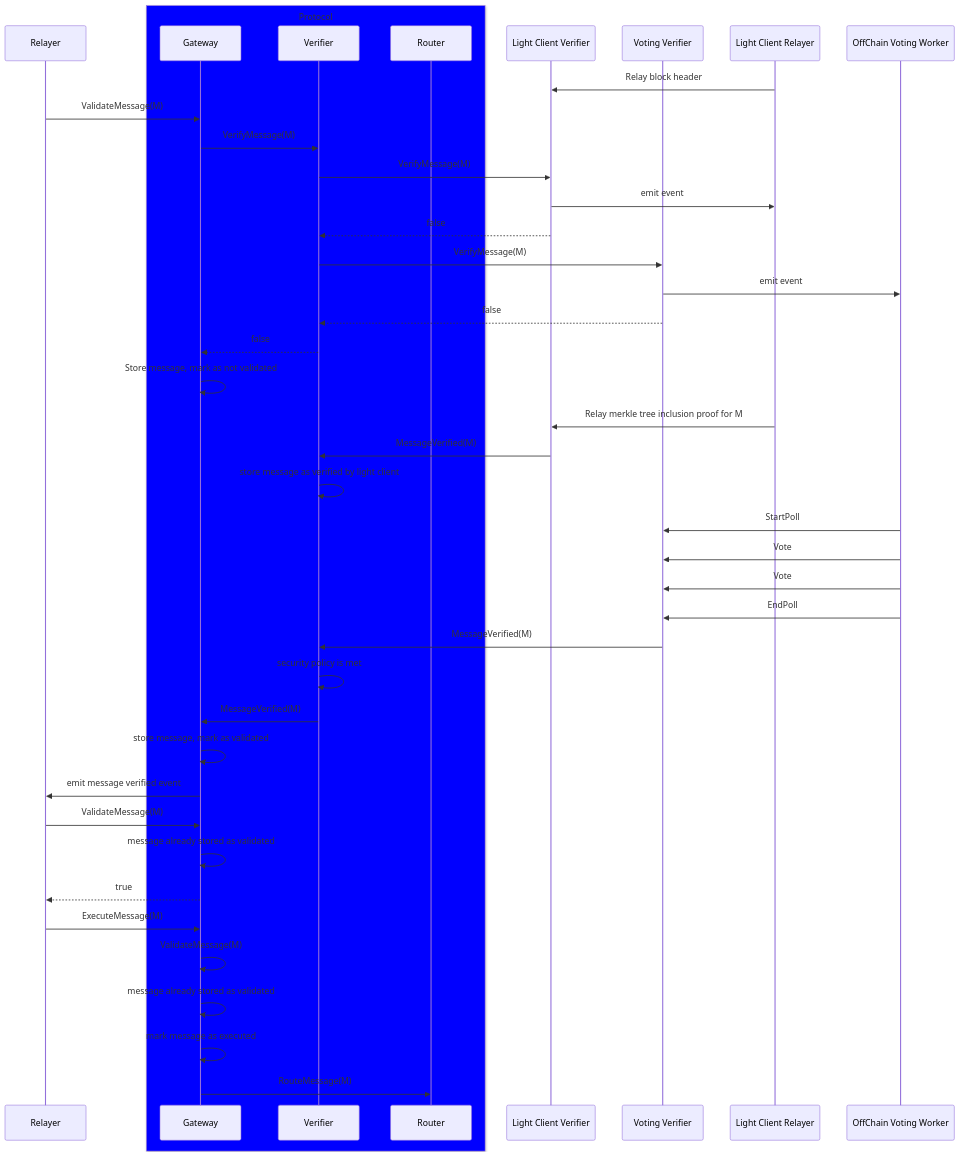
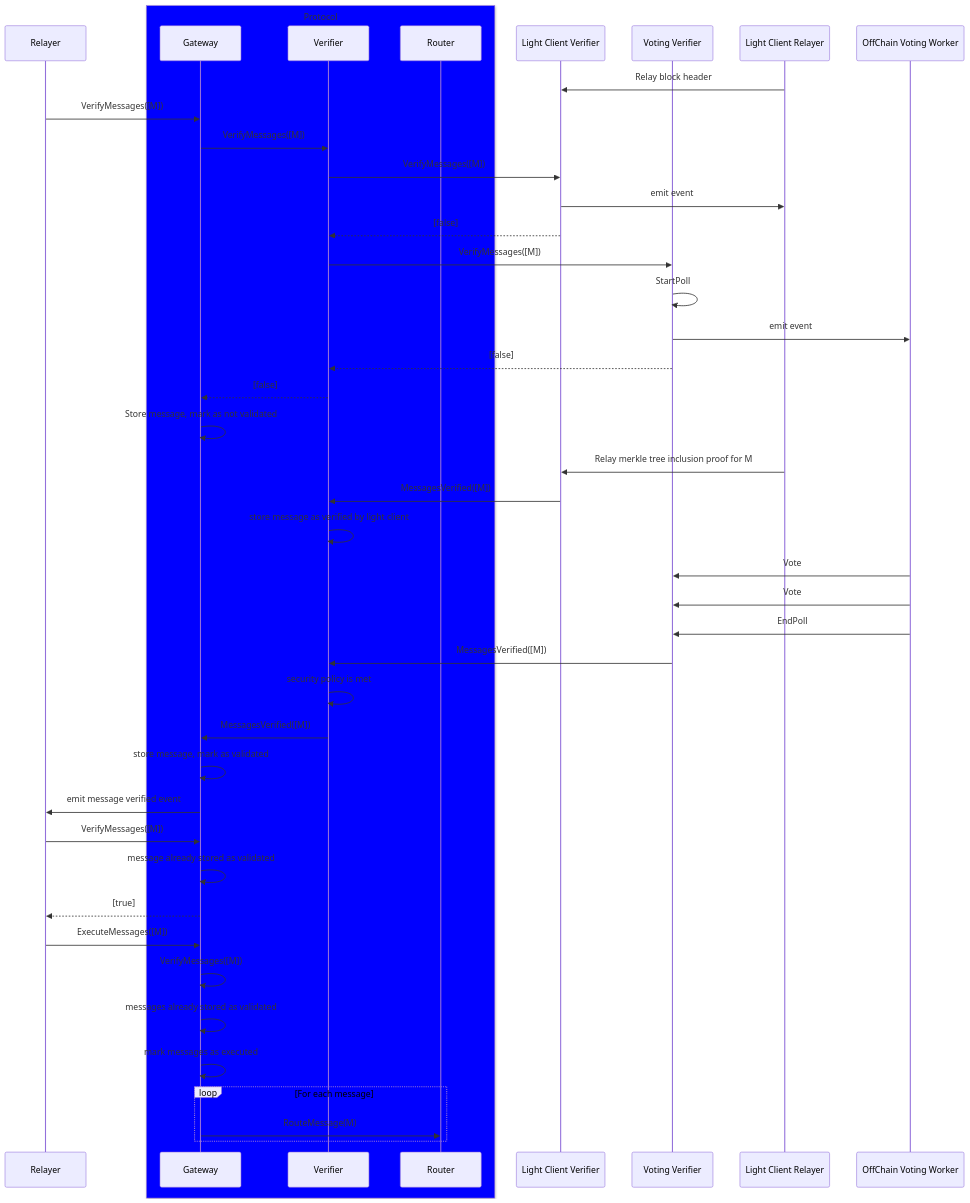
One commit to axelarnetwork/axelar-amplifier changed diagram 13 of 13 in README.md. Above: the diagram before and after it, drawn with Mermaid. The commit also changed other lines of this file, not shown here.

````diff
--- a/README.md
+++ b/README.md
@@ -444,52 +466,54 @@
 ```mermaid
 sequenceDiagram
     participant Relayer
     box Blue Protocol
     participant Gateway
     participant Verifier
     participant Router
     end
     participant Light Client Verifier
     participant Voting Verifier
     participant Light Client Relayer
     participant OffChain Voting Worker
 
 
     Light Client Relayer->>Light Client Verifier: Relay block header
-    Relayer->>Gateway: ValidateMessage(M)
-    Gateway->>Verifier: VerifyMessage(M)
-    Verifier->>Light Client Verifier: VerifyMessage(M)
+    Relayer->>Gateway: VerifyMessages([M])
+    Gateway->>Verifier: VerifyMessages([M])
+    Verifier->>Light Client Verifier: VerifyMessages([M])
     Light Client Verifier->>Light Client Relayer: emit event
-    Light Client Verifier-->>Verifier: false
-    Verifier->>Voting Verifier: VerifyMessage(M)
+    Light Client Verifier-->>Verifier: [false]
+    Verifier->>Voting Verifier: VerifyMessages([M])
+    Voting Verifier->>Voting Verifier: StartPoll
     Voting Verifier->>OffChain Voting Worker: emit event
-    Voting Verifier-->>Verifier: false
-    Verifier-->>Gateway: false
+    Voting Verifier-->>Verifier: [false]
+    Verifier-->>Gateway: [false]
     Gateway->>Gateway: Store message, mark as not validated
 
     Light Client Relayer->>Light Client Verifier: Relay merkle tree inclusion proof for M
-    Light Client Verifier->>Verifier: MessageVerified(M)
+    Light Client Verifier->>Verifier: MessagesVerified([M])
     Verifier->>Verifier: store message as verified by light client
 
-    OffChain Voting Worker->>Voting Verifier: StartPoll
     OffChain Voting Worker->>Voting Verifier: Vote
     OffChain Voting Worker->>Voting Verifier: Vote
     OffChain Voting Worker->>Voting Verifier: EndPoll
 
-    Voting Verifier->>Verifier: MessageVerified(M)
+    Voting Verifier->>Verifier: MessagesVerified([M])
     Verifier->>Verifier: security policy is met
-    Verifier->>Gateway: MessageVerified(M)
+    Verifier->>Gateway: MessagesVerified([M])
     Gateway->>Gateway: store message, mark as validated
     Gateway->>Relayer: emit message verified event
 
 
-    Relayer->>Gateway: ValidateMessage(M)
+    Relayer->>Gateway: VerifyMessages([M])
     Gateway->>Gateway: message already stored as validated
-    Gateway-->>Relayer: true
+    Gateway-->>Relayer: [true]
 
-    Relayer->>Gateway: ExecuteMessage(M)
-    Gateway->>Gateway: ValidateMessage(M)
-    Gateway->>Gateway: message already stored as validated
-    Gateway->>Gateway: mark message as executed
-    Gateway->>Router: RouteMessage(M)
+    Relayer->>Gateway: ExecuteMessages([M])
+    Gateway->>Gateway: VerifyMessages([M])
+    Gateway->>Gateway: messages already stored as validated
+    Gateway->>Gateway: mark messages as executed
+    loop For each message
+        Gateway->>Router: RouteMessage(M)
+    end
 ```
````
